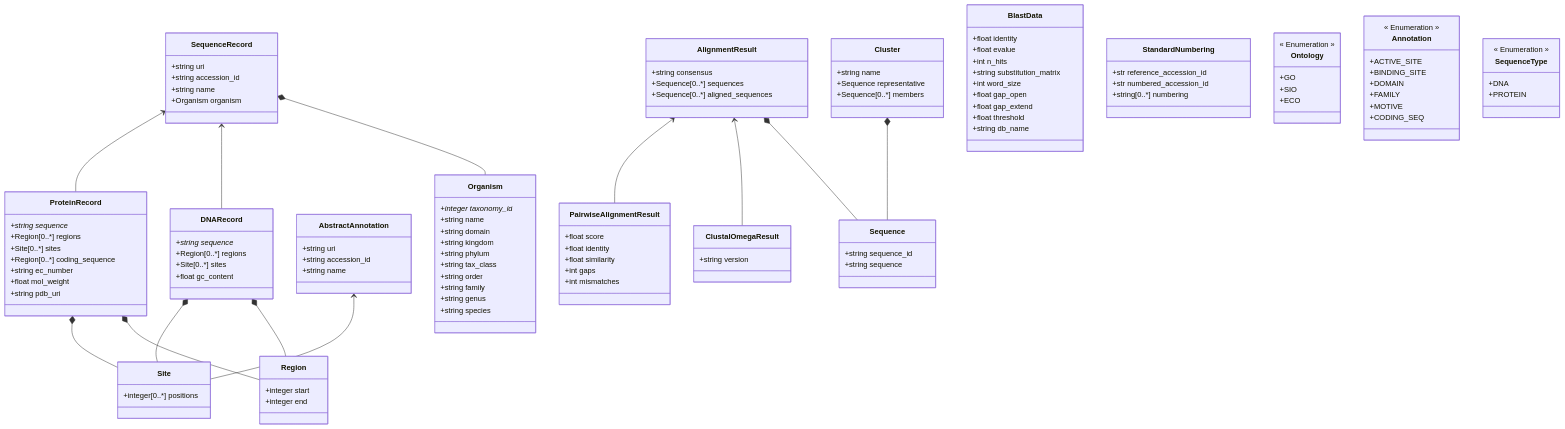
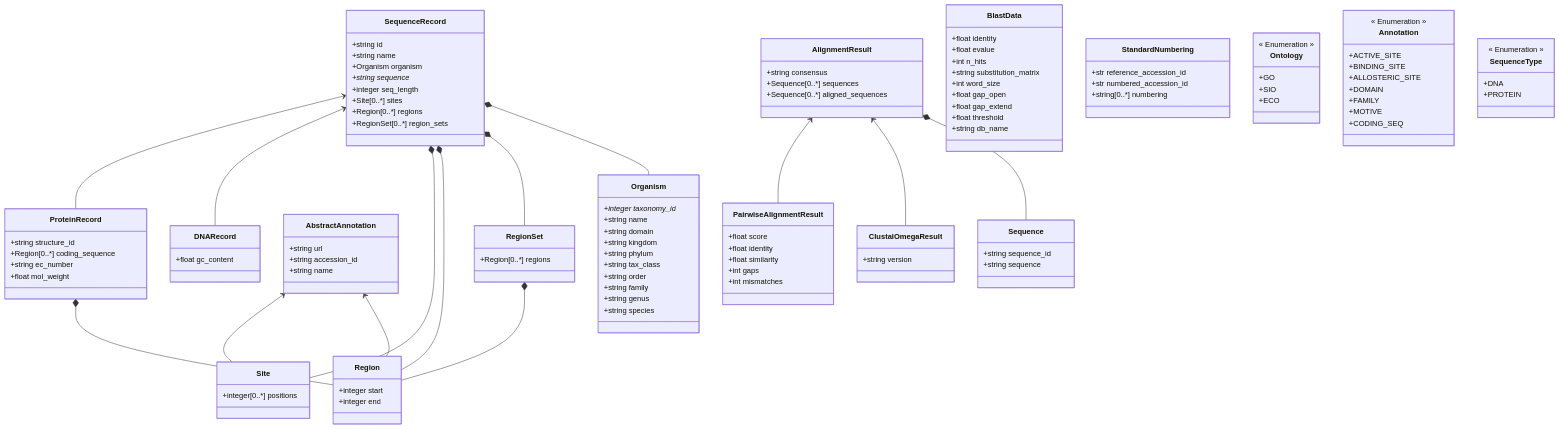
Before and after one commit to PyEED/pyeed: the diagram in pyeed/schemes/pyeed_schema.md, drawn with Mermaid. The commit also changed 39 other files, not shown here.

```diff
--- a/pyeed/schemes/pyeed_schema.md
+++ b/pyeed/schemes/pyeed_schema.md
@@ -3,42 +3,41 @@
     SequenceRecord <-- ProteinRecord
     SequenceRecord <-- DNARecord
     AbstractAnnotation <-- Site
+    AbstractAnnotation <-- Region
     AlignmentResult <-- PairwiseAlignmentResult
     AlignmentResult <-- ClustalOmegaResult
+    SequenceRecord *-- Site
+    SequenceRecord *-- Region
+    SequenceRecord *-- RegionSet
     SequenceRecord *-- Organism
-    ProteinRecord *-- Site
     ProteinRecord *-- Region
-    DNARecord *-- Site
-    DNARecord *-- Region
-    Cluster *-- Sequence
+    RegionSet *-- Region
     AlignmentResult *-- Sequence
     
     class SequenceRecord {
-        +string uri
-        +string accession_id
+        +string id
         +string name
         +Organism organism
+        +string sequence*
+        +integer seq_length
+        +Site[0..*] sites
+        +Region[0..*] regions
+        +RegionSet[0..*] region_sets
     }
     
     class ProteinRecord {
-        +string sequence*
-        +Region[0..*] regions
-        +Site[0..*] sites
+        +string structure_id
         +Region[0..*] coding_sequence
         +string ec_number
         +float mol_weight
-        +string pdb_uri
     }
     
     class DNARecord {
-        +string sequence*
-        +Region[0..*] regions
-        +Site[0..*] sites
         +float gc_content
     }
     
     class AbstractAnnotation {
-        +string uri
+        +string url
         +string accession_id
         +string name
     }
@@ -50,6 +49,10 @@
     class Region {
         +integer start
         +integer end
+    }
+    
+    class RegionSet {
+        +Region[0..*] regions
     }
     
     class Organism {
@@ -75,12 +78,6 @@
         +float gap_extend
         +float threshold
         +string db_name
-    }
-    
-    class Cluster {
-        +string name
-        +Sequence representative
-        +Sequence[0..*] members
     }
     
     class Sequence {
@@ -123,6 +120,7 @@
         << Enumeration >>
         +ACTIVE_SITE
         +BINDING_SITE
+        +ALLOSTERIC_SITE
         +DOMAIN
         +FAMILY
         +MOTIVE
```
